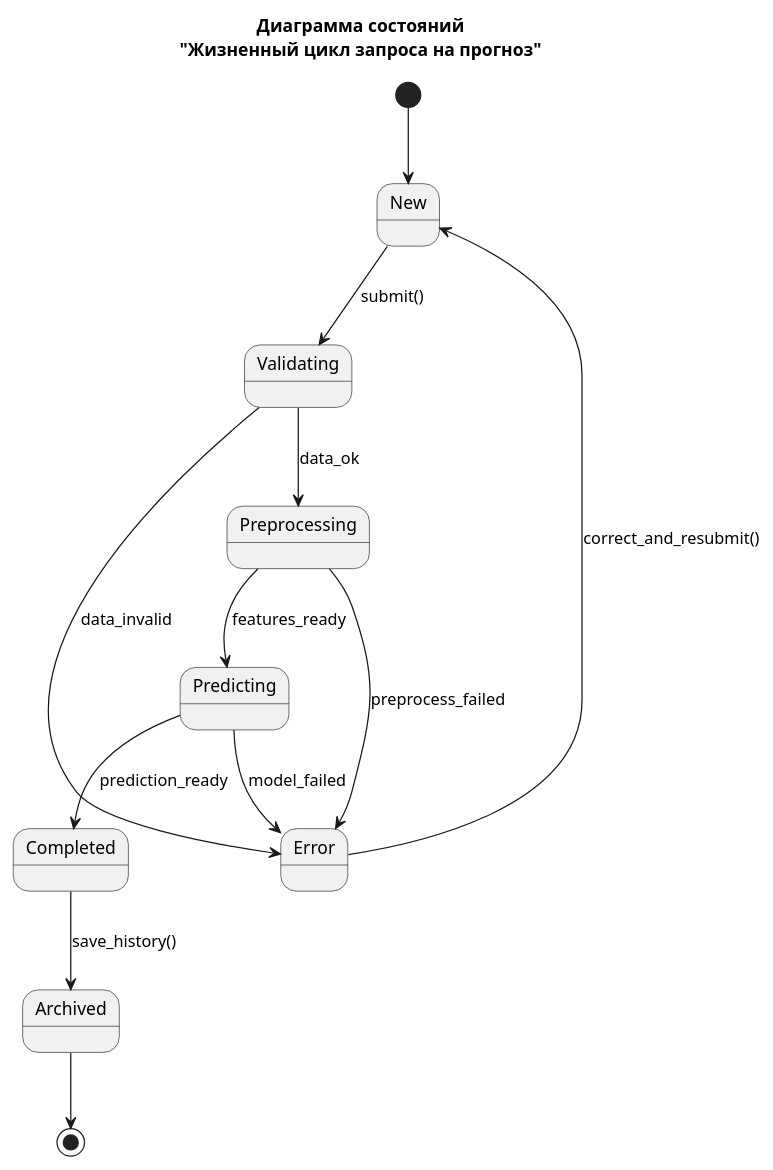
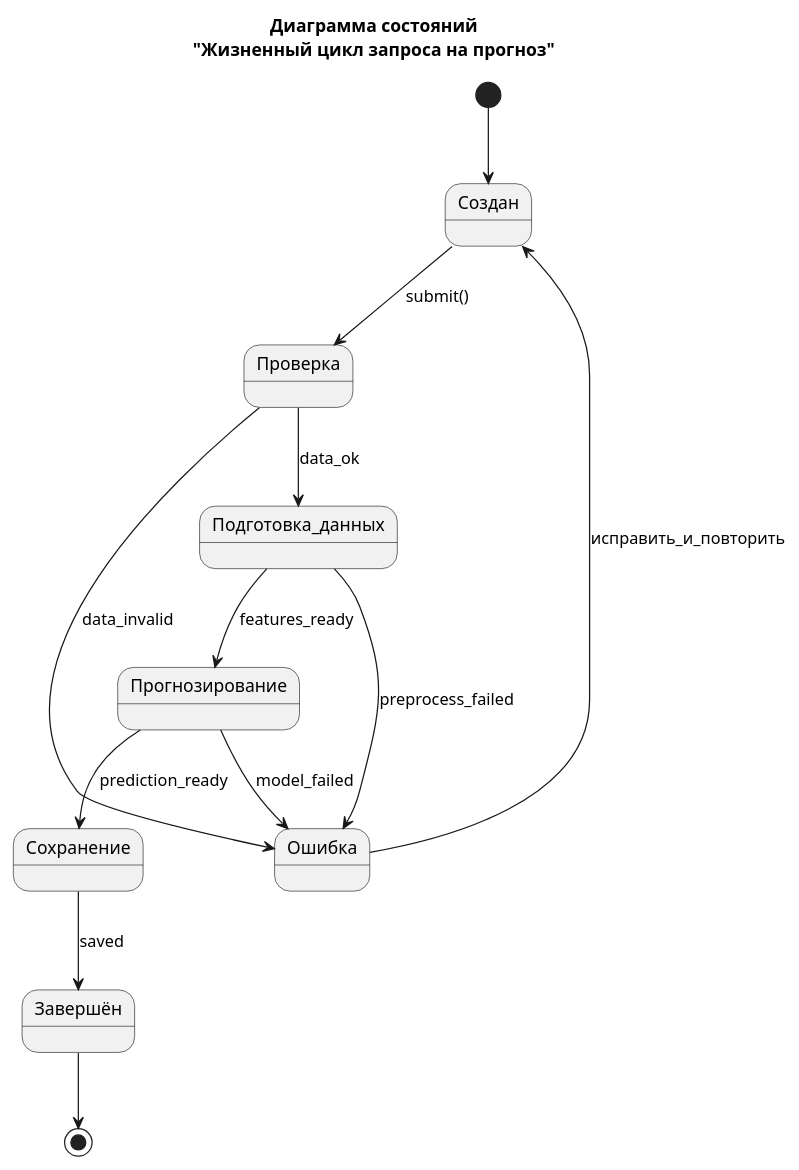
The diagram in spec-langs-8/lab2/code/state.puml (Mytyai/4-course), drawn with PlantUML before and after one commit. The commit also changed 10 other files, not shown here.

```diff
--- a/spec-langs-8/lab2/code/state.puml
+++ b/spec-langs-8/lab2/code/state.puml
@@ -1,21 +1,21 @@
 @startuml
 title Диаграмма состояний\n"Жизненный цикл запроса на прогноз"
 
-[*] --> New
+[*] --> Создан
 
-New --> Validating : submit()
-Validating --> Preprocessing : data_ok
-Validating --> Error : data_invalid
+Создан --> Проверка : submit()
+Проверка --> Подготовка_данных : data_ok
+Проверка --> Ошибка : data_invalid
 
-Preprocessing --> Predicting : features_ready
-Preprocessing --> Error : preprocess_failed
+Подготовка_данных --> Прогнозирование : features_ready
+Подготовка_данных --> Ошибка : preprocess_failed
 
-Predicting --> Completed : prediction_ready
-Predicting --> Error : model_failed
+Прогнозирование --> Сохранение : prediction_ready
+Прогнозирование --> Ошибка : model_failed
 
-Completed --> Archived : save_history()
+Сохранение --> Завершён : saved
 
-Error --> New : correct_and_resubmit()
-Archived --> [*]
+Ошибка --> Создан : исправить_и_повторить
+Завершён --> [*]
 
 @enduml
```
